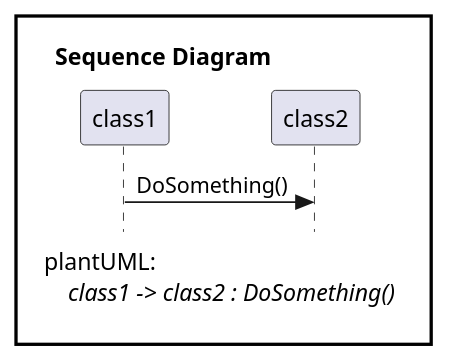
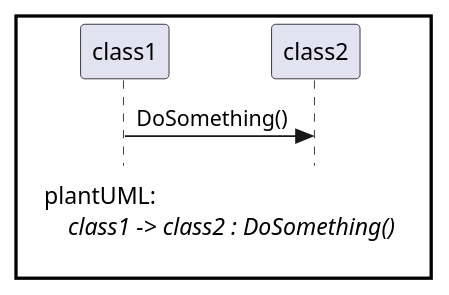
One commit to chraxo/UmlMarkdownCheatSheet changed the fourth of 31 diagrams in uml_markdown_summary.md. Above: the diagram before and after it, drawn with PlantUML. The commit also changed other lines of this file, not shown here.

Commit message:
Cleanup UML summary

```diff
--- a/uml_markdown_summary.md
+++ b/uml_markdown_summary.md
@@ -334,20 +331,20 @@
 @startuml
     skinparam legendFontName Consolas
     skinparam noteFontName Consolas
     skinparam noteBackgroundColor white
     skinparam legendBackgroundColor white
     skinparam legendBorderColor white
     skinparam DiagramBorderColor black
     skinparam DiagramBorderThickness 2
     skinparam style strictuml
     'skinparam monochrome true
 
-    title Sequence Diagram
+    ' title Sequence Diagram
 
     class1 -> class2 : DoSomething()
 
     legend
         plantUML:
             //class1 -> class2 : DoSomething()//
     end legend
 @enduml
```
